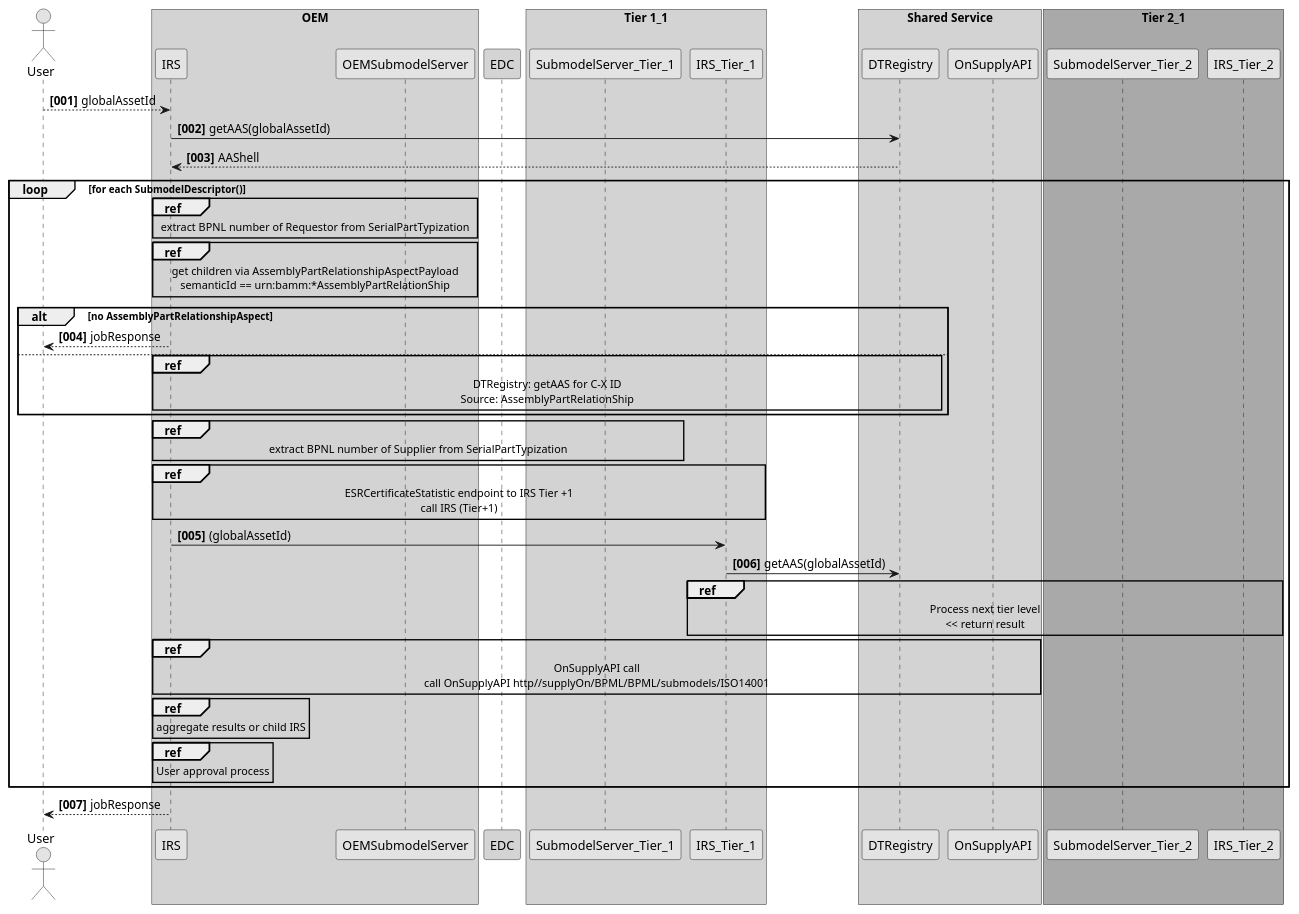
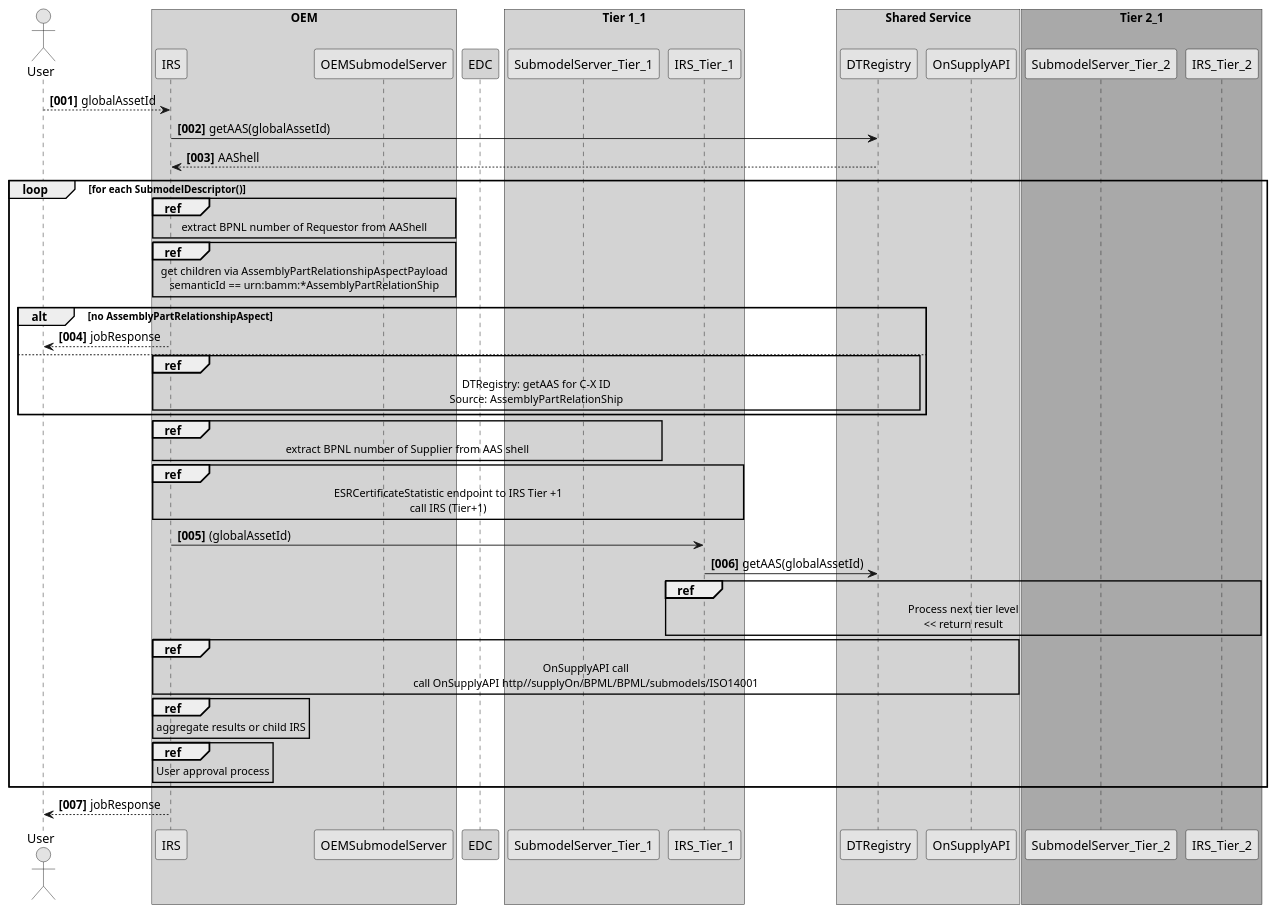
Before and after one commit to eclipse-tractusx/item-relationship-service: the diagram in uml-diagrams/spike/esr-certificates/esr-certificate-sequence-traverse_childs.puml, drawn with PlantUML. The commit also changed 6 other files, not shown here.

Commit message:
chore(uml):[TRI-598] update styling of diagrams and add mindmap

```diff
--- a/uml-diagrams/spike/esr-certificates/esr-certificate-sequence-traverse_childs.puml
+++ b/uml-diagrams/spike/esr-certificates/esr-certificate-sequence-traverse_childs.puml
@@ -1,78 +1,78 @@
 @startuml
 skinparam monochrome true
 skinparam shadowing false
 
 autonumber "<b>[000]"
 
 actor User
 
 box "OEM" #LightGrey
 User --> IRS: globalAssetId
 IRS -> DTRegistry: getAAS(globalAssetId)
 IRS <-- DTRegistry: AAShell
 participant OEMSubmodelServer
 
 loop for each SubmodelDescriptor()
 ref over IRS, OEMSubmodelServer
-    extract BPNL number of Requestor from SerialPartTypization
+    extract BPNL number of Requestor from AAShell
 end ref
 ref over IRS, OEMSubmodelServer
     get children via AssemblyPartRelationshipAspectPayload
     semanticId == urn:bamm:*AssemblyPartRelationShip
 end ref
 alt no AssemblyPartRelationshipAspect
-       User <-- IRS: jobResponse  
+       User <-- IRS: jobResponse
    else
 ref over IRS,DTRegistry
     DTRegistry: getAAS for C-X ID
     Source: AssemblyPartRelationShip
 end ref
 end opt
 ref over IRS, SubmodelServer_Tier_1
-    extract BPNL number of Supplier from SerialPartTypization
+    extract BPNL number of Supplier from AAS shell
 end ref
 ref over IRS, IRS_Tier_1
     ESRCertificateStatistic endpoint to IRS Tier +1
     call IRS (Tier+1)
 end ref
     IRS -> IRS_Tier_1 : (globalAssetId)
     IRS_Tier_1 -> DTRegistry: getAAS(globalAssetId)
     ref over IRS_Tier_1, IRS_Tier_2
         Process next tier level
         << return result
     end ref
 ref over IRS, OnSupplyAPI
     OnSupplyAPI call
     call OnSupplyAPI http//supplyOn/BPML/BPML/submodels/ISO14001
 end ref
 ref over IRS
     aggregate results or child IRS
 end ref
 ref over IRS
     User approval process
 end ref
 end loop
 
 
 end box
 
 participant "EDC" as EDC1 #99FF99
 
 box "Tier 1_1" #LightGrey
 participant SubmodelServer_Tier_1
 participant IRS_Tier_1
 end box
 
 box "Shared Service" #LightGrey
 participant DTRegistry
 participant OnSupplyAPI
 end box
 
 box "Tier 2_1" #DarkGrey
 participant SubmodelServer_Tier_2
 participant IRS_Tier_2
 end box
 
 User <-- IRS: jobResponse
 
 @enduml
```
